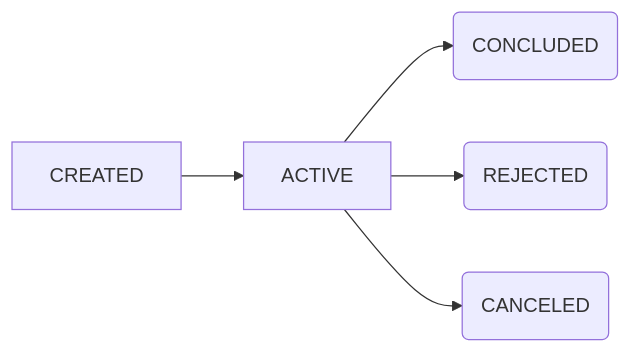
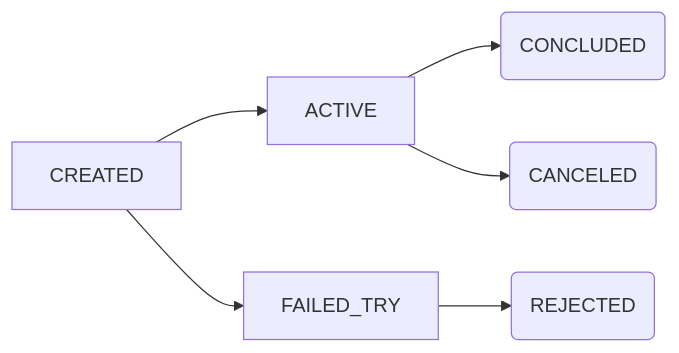
Before and after one commit to woovibr/woovi-developers: the fourth of 5 diagrams in docs/pix-automatic/pix-automatic-state-machine.md, drawn with Mermaid. The commit also changed other lines of this file and 4 other files, not shown here.

````diff
--- a/docs/pix-automatic/pix-automatic-state-machine.md
+++ b/docs/pix-automatic/pix-automatic-state-machine.md
@@ -78,7 +81,8 @@
 ```mermaid
 flowchart LR
     A[CREATED] -->B(ACTIVE)
+    A[CREATED] --> F[FAILED_TRY]
+    F[FAILED_TRY] --> D(REJECTED)
     B[ACTIVE] -->C(CONCLUDED)
-    B[ACTIVE] -->D(REJECTED)
     B[ACTIVE] -->E(CANCELED)
 ```
````
